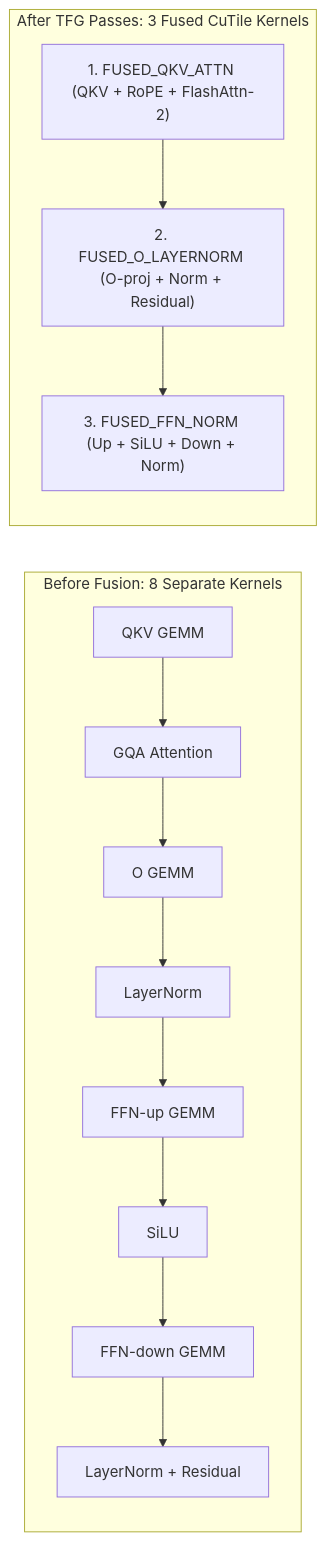
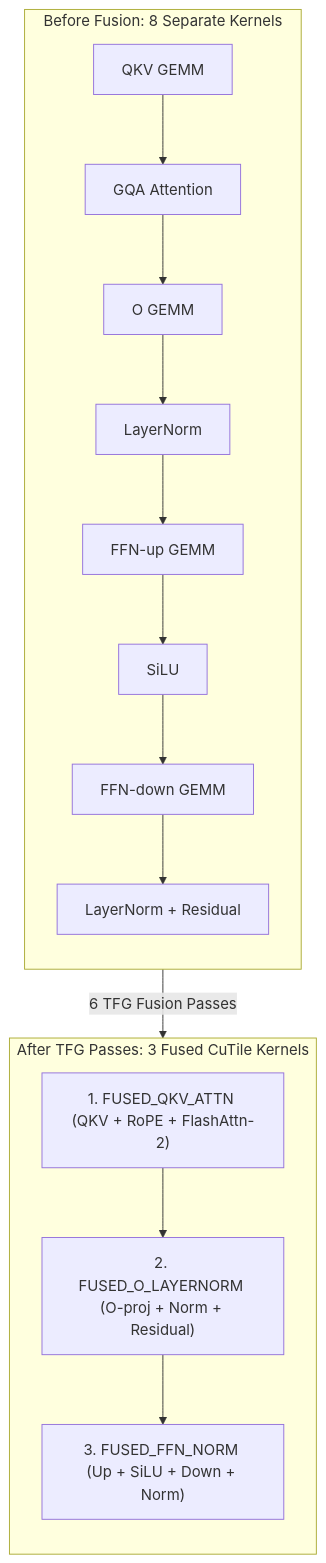
Before and after one commit to samudragupto/cutile-forge: the second of 3 diagrams in README.md, drawn with Mermaid. The commit also changed other lines of this file and 11 other files, not shown here.

Commit message:
docs: fix overlapping figures, GitHub MathJax, Mermaid layout, and unified Researcher/Architect/Developer README

````diff
--- a/README.md
+++ b/README.md
@@ -68,21 +65,23 @@
 ```mermaid
-flowchart LR
+flowchart TB
     subgraph Unfused["Before Fusion: 8 Separate Kernels"]
         direction TB
         U1["QKV GEMM"] --> U2["GQA Attention"]
         U2 --> U3["O GEMM"]
         U3 --> U4["LayerNorm"]
         U4 --> U5["FFN-up GEMM"]
         U5 --> U6["SiLU"]
         U6 --> U7["FFN-down GEMM"]
         U7 --> U8["LayerNorm + Residual"]
     end
 
     subgraph Fused["After TFG Passes: 3 Fused CuTile Kernels"]
         direction TB
         F1["1. FUSED_QKV_ATTN (QKV + RoPE + FlashAttn-2)"]
         F2["2. FUSED_O_LAYERNORM (O-proj + Norm + Residual)"]
         F3["3. FUSED_FFN_NORM (Up + SiLU + Down + Norm)"]
         F1 --> F2 --> F3
     end
+
+    Unfused -->|"6 TFG Fusion Passes"| Fused
 ```
````
